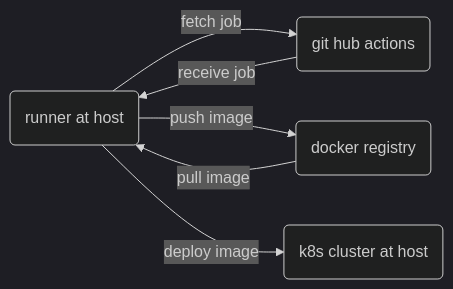
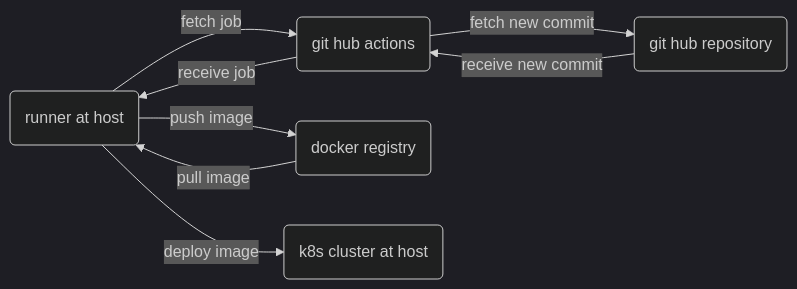
The diagram in github-actions-k8s-fullstack/README.md (sauravdwivedi/GitHubActions), drawn with Mermaid (dark theme) before and after one commit.

````diff
--- a/github-actions-k8s-fullstack/README.md
+++ b/github-actions-k8s-fullstack/README.md
@@ -7,12 +7,15 @@
 ```mermaid
 flowchart LR
     A(runner at host)
     B(git hub actions)
-    C(docker registry)
-    D(k8s cluster at host)
+    C(git hub repository)
+    D(docker registry)
+    E(k8s cluster at host)
     A --> |fetch job| B
+    B --> |fetch new commit| C
+    C --> |receive new commit| B
     B --> |receive job| A
-    A --> |push image| C
-    C --> |pull image| A
-    A --> |deploy image| D
+    A --> |push image| D
+    D --> |pull image| A
+    A --> |deploy image| E
 ```
````
